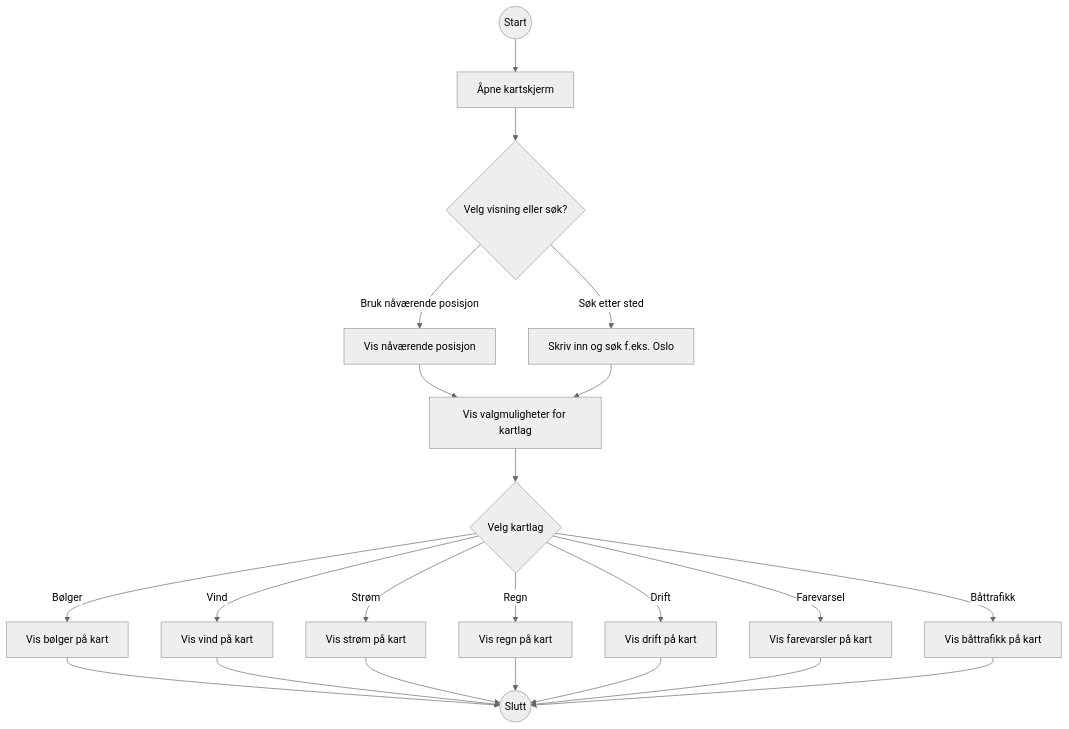
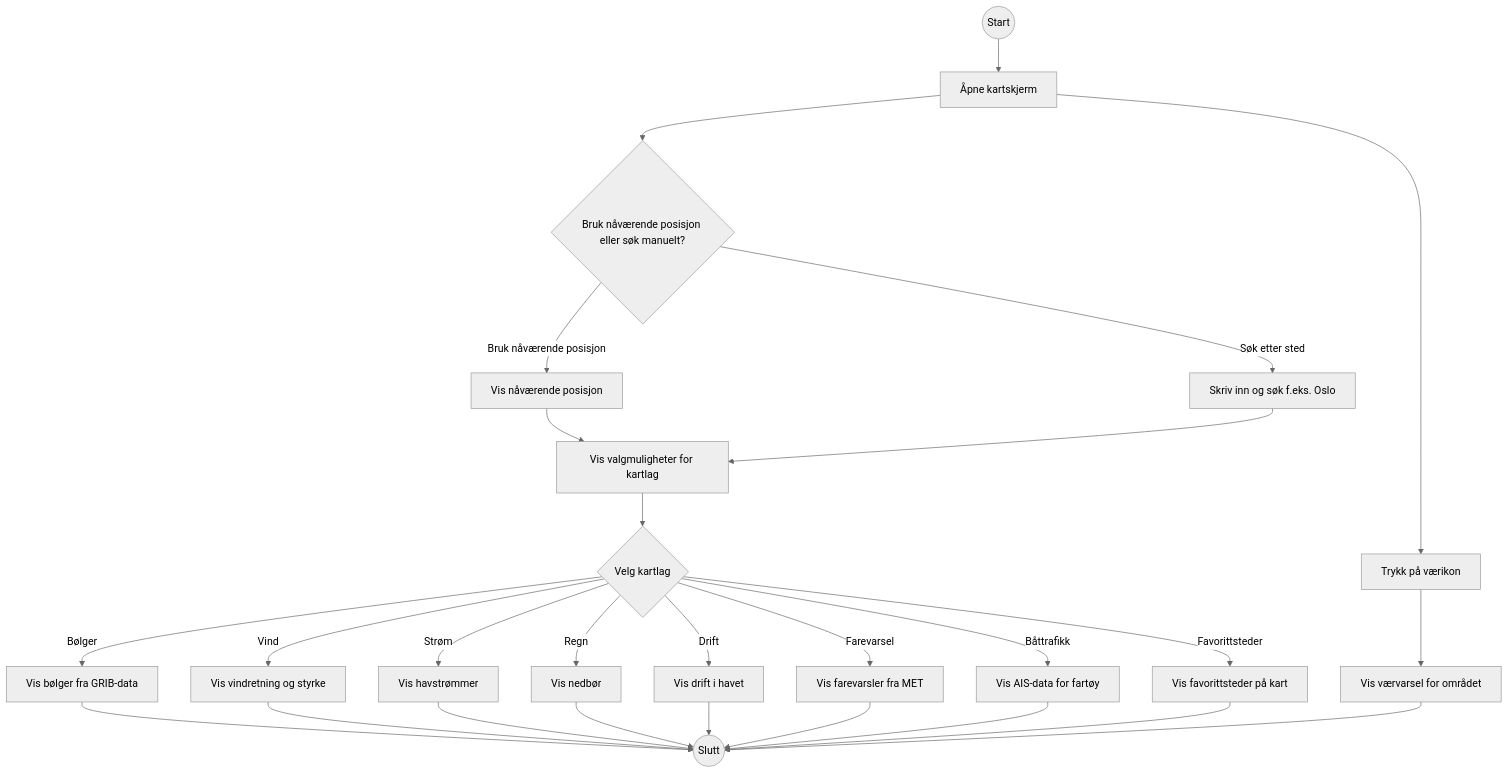
The diagram in modelling/aktivitetsdiagram_kart.md (jonesstoen/FiskeKlar), drawn with Mermaid (neutral theme) before and after one commit. The commit also changed 8 other files, not shown here.

````diff
--- a/modelling/aktivitetsdiagram_kart.md
+++ b/modelling/aktivitetsdiagram_kart.md
@@ -3,30 +3,36 @@
 ```mermaid
 flowchart TD
     Start((Start)) --> ÅpneKart[Åpne kartskjerm]
-    ÅpneKart --> VelgSted{Velg visning eller søk?}
 
+    ÅpneKart --> VelgSted{Bruk nåværende posisjon eller søk manuelt?}
     VelgSted -->|Bruk nåværende posisjon| BrukPos[Vis nåværende posisjon]
     VelgSted -->|Søk etter sted| SøkSted[Skriv inn og søk f.eks. Oslo]
 
     BrukPos --> VisValg
     SøkSted --> VisValg
 
-    VisValg[Vis valgmuligheter for kartlag] --> Valg{Velg kartlag}
+    VisValg[Vis valgmuligheter for kartlag] --> VelgLag{Velg kartlag}
 
-    Valg -->|Bølger| VisBølger[Vis bølger på kart]
-    Valg -->|Vind| VisVind[Vis vind på kart]
-    Valg -->|Strøm| VisStrøm[Vis strøm på kart]
-    Valg -->|Regn| VisRegn[Vis regn på kart]
-    Valg -->|Drift| VisDrift[Vis drift på kart]
-    Valg -->|Farevarsel| VisFare[Vis farevarsler på kart]
-    Valg -->|Båttrafikk| VisBåt[Vis båttrafikk på kart]
+    VelgLag -->|Bølger| VisBølger[Vis bølger fra GRIB-data]
+    VelgLag -->|Vind| VisVind[Vis vindretning og styrke]
+    VelgLag -->|Strøm| VisStrøm[Vis havstrømmer]
+    VelgLag -->|Regn| VisRegn[Vis nedbør]
+    VelgLag -->|Drift| VisDrift[Vis drift i havet]
+    VelgLag -->|Farevarsel| VisFare[Vis farevarsler fra MET]
+    VelgLag -->|Båttrafikk| VisBåt[Vis AIS-data for fartøy]
+    VelgLag -->|Favorittsteder| VisFavoritt[Vis favorittsteder på kart]
+
+    ÅpneKart --> VærIkon[Trykk på værikon]
+    VærIkon --> VærVisning[Vis værvarsel for området]
 
     VisBølger --> Slutt((Slutt))
     VisVind --> Slutt
     VisStrøm --> Slutt
     VisRegn --> Slutt
     VisDrift --> Slutt
     VisFare --> Slutt
     VisBåt --> Slutt
+    VisFavoritt --> Slutt
+    VærVisning --> Slutt
 
 ```
````
